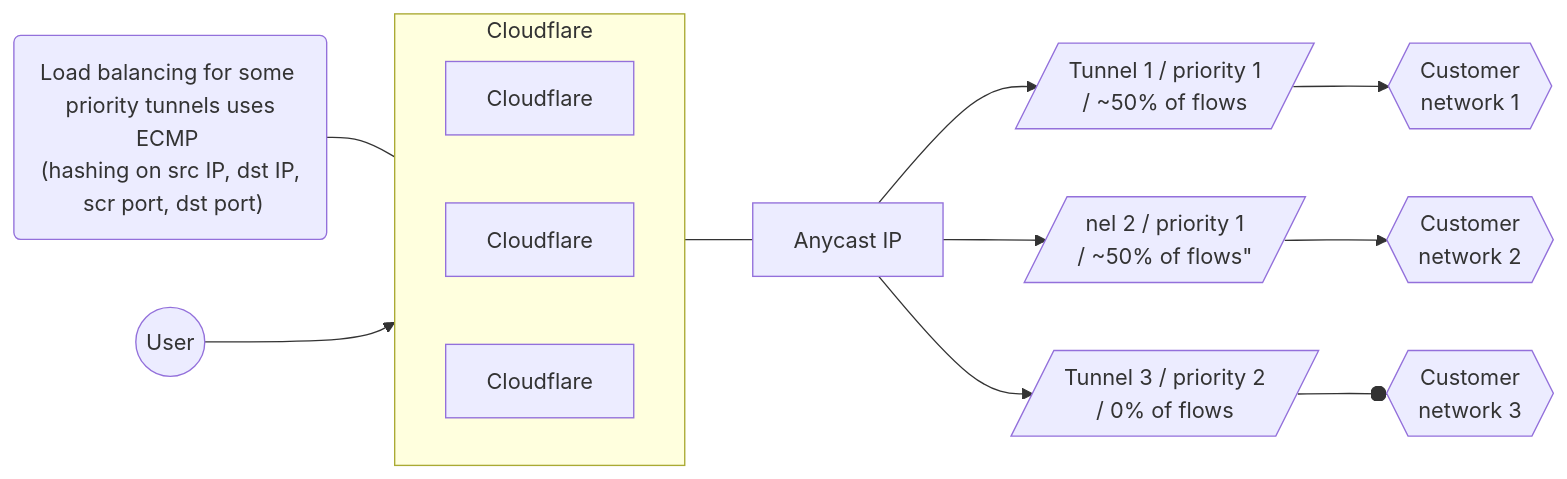
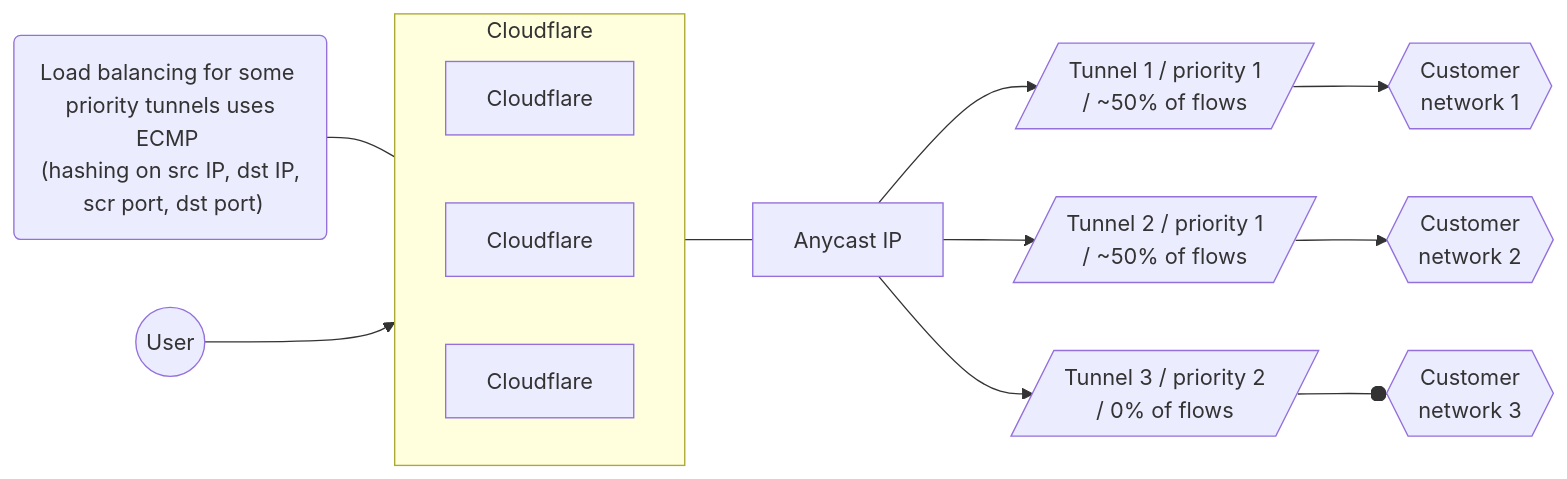
The second of 4 diagrams in content/magic-wan/reference/traffic-steering.md (cloudflare/cloudflare-docs), drawn with Mermaid before and after one commit.

````diff
--- a/content/magic-wan/reference/traffic-steering.md
+++ b/content/magic-wan/reference/traffic-steering.md
@@ -65,18 +65,18 @@
 ```mermaid
 flowchart LR
 accTitle: Tunnels diagram
 accDescr: This example has three tunnel routes, with traffic equally distributed across two paths.
 
 subgraph Cloudflare
 direction LR
 B[Cloudflare]
 C[Cloudflare]
 D[Cloudflare]
 end
 
 Z("Load balancing for some <br> priority tunnels uses ECMP <br> (hashing on src IP, dst IP, <br> scr port, dst port)") --- Cloudflare
 A((User)) --> Cloudflare --- E[Anycast IP]
 E[Anycast IP] --> F[/"Tunnel 1 / priority 1 <br> / ~50% of flows"/] --> I{{Customer <br> network 1}}
-E[Anycast IP] --> G[/nel 2 / priority 1 <br> / ~50% of flows"/] --> J{{Customer <br> network 2}}
+E[Anycast IP] --> G[/"Tunnel 2 / priority 1 <br> / ~50% of flows"/] --> J{{Customer <br> network 2}}
 E[Anycast IP] --> H[/Tunnel 3 / priority 2 <br> / 0% of flows/] --o K{{Customer <br> network 3}}
 ```
````
